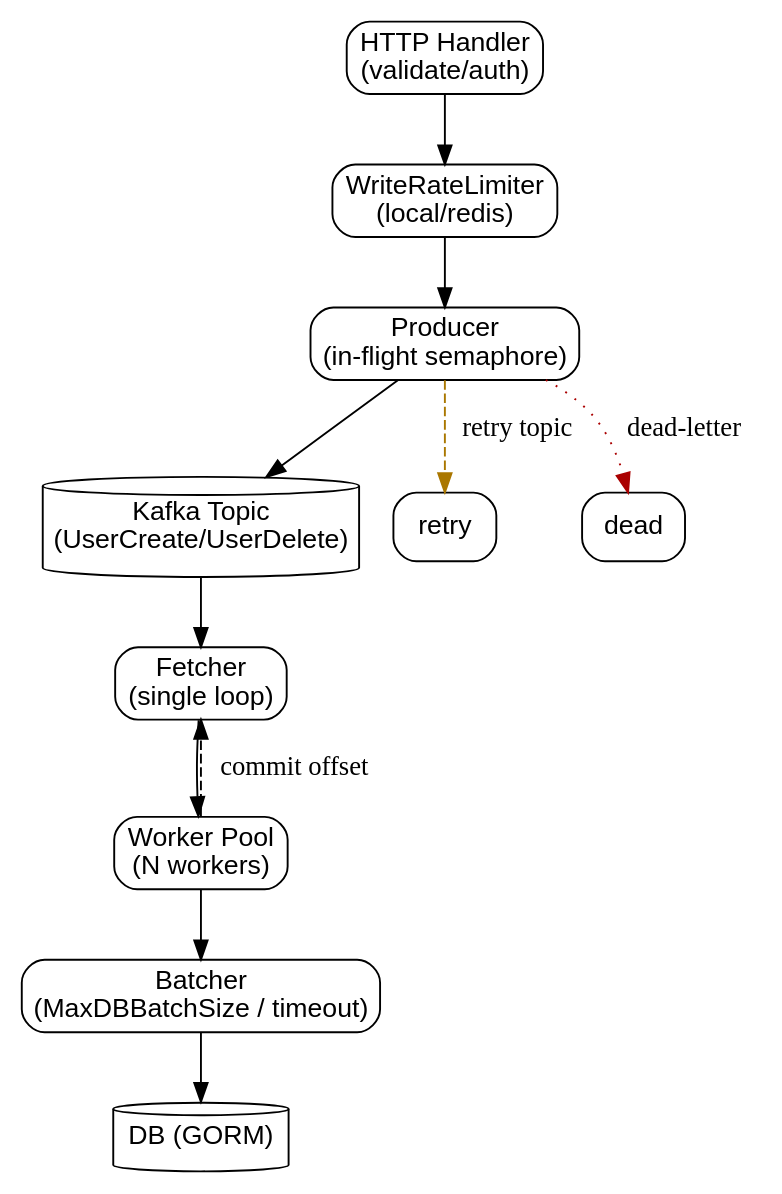
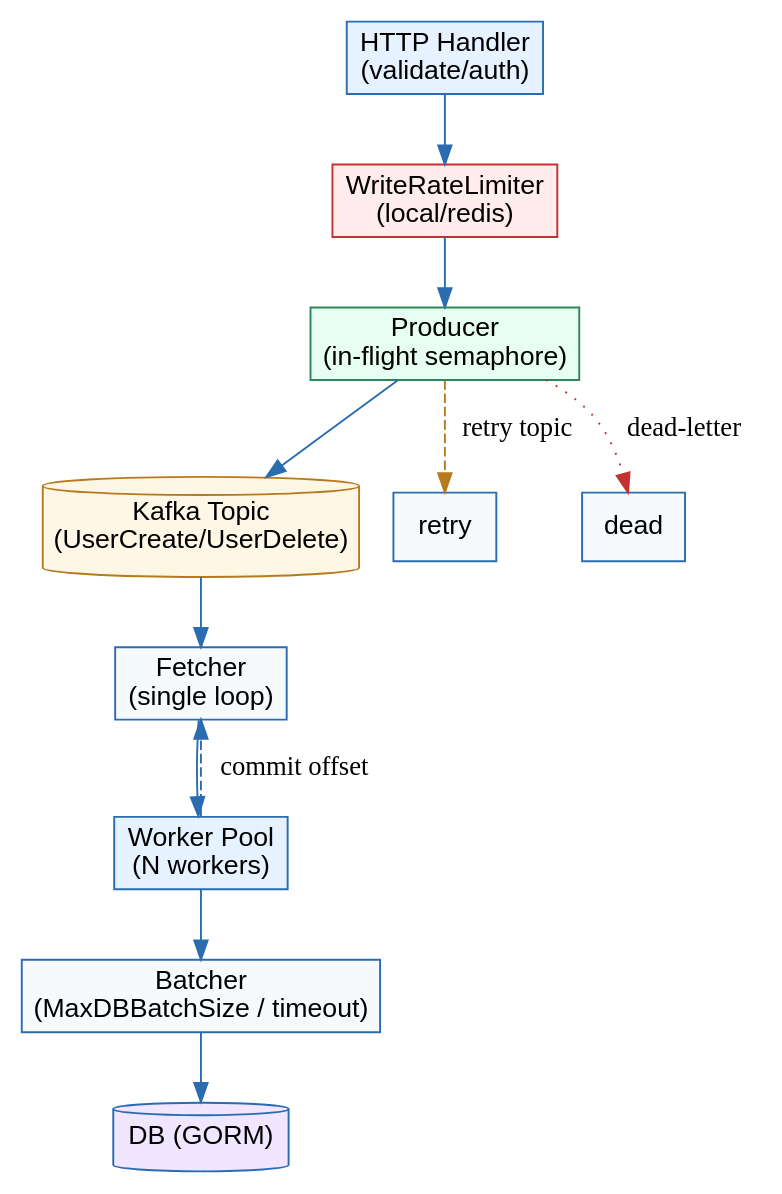
The diagram in doc/plantuml/producer_consumer_flow.dot (maxiaolu1981/cretem), drawn with Graphviz before and after one commit. The commit also changed 26 other files, not shown here.

Commit message:
docs(diagrams): unify graphviz style (palette + fonts) and re-render

```diff
--- a/doc/plantuml/producer_consumer_flow.dot
+++ b/doc/plantuml/producer_consumer_flow.dot
@@ -1,22 +1,23 @@
 digraph pc_flow {
   rankdir=TB;
-  node [shape=box, style=rounded, fontname="Arial", color="#333"];
+  graph [fontname="Arial"];
+  node [shape=box, style=rounded, fontname="Arial", color="#2B6CB0", fillcolor="#F7FAFC", style="filled"];
+  edge [color="#2B6CB0"];
 
-  handler [label="HTTP Handler\n(validate/auth)"];
-  limiter [label="WriteRateLimiter\n(local/redis)"];
-  producer [label="Producer\n(in-flight semaphore)"];
-  kafka [label="Kafka Topic\n(UserCreate/UserDelete)", shape=cylinder];
+  handler [label="HTTP Handler\n(validate/auth)", fillcolor="#E6F2FF"];
+  limiter [label="WriteRateLimiter\n(local/redis)", fillcolor="#FFECEB", color="#C53030"];
+  producer [label="Producer\n(in-flight semaphore)", fillcolor="#E6FFF2", color="#2F855A"];
+  kafka [label="Kafka Topic\n(UserCreate/UserDelete)", shape=cylinder, fillcolor="#FFF7E6", color="#B7791F"];
   fetcher [label="Fetcher\n(single loop)"];
-  worker_pool [label="Worker Pool\n(N workers)"];
+  worker_pool [label="Worker Pool\n(N workers)", fillcolor="#E6F2FF"];
   batch [label="Batcher\n(MaxDBBatchSize / timeout)"];
-  db [label="DB (GORM)", shape=cylinder];
+  db [label="DB (GORM)", shape=cylinder, fillcolor="#F0E6FF"];
 
   handler -> limiter -> producer -> kafka;
   kafka -> fetcher -> worker_pool -> batch -> db;
   worker_pool -> fetcher [style=dashed, label="commit offset"];
 
   // failure paths
-  producer -> retry [label="retry topic"] [color="#aa7700", style=dashed];
-  producer -> dead [label="dead-letter"] [color="#aa0000", style=dotted];
-
+  producer -> retry [label="retry topic", color="#B7791F", style=dashed];
+  producer -> dead [label="dead-letter", color="#C53030", style=dotted];
 }
```
